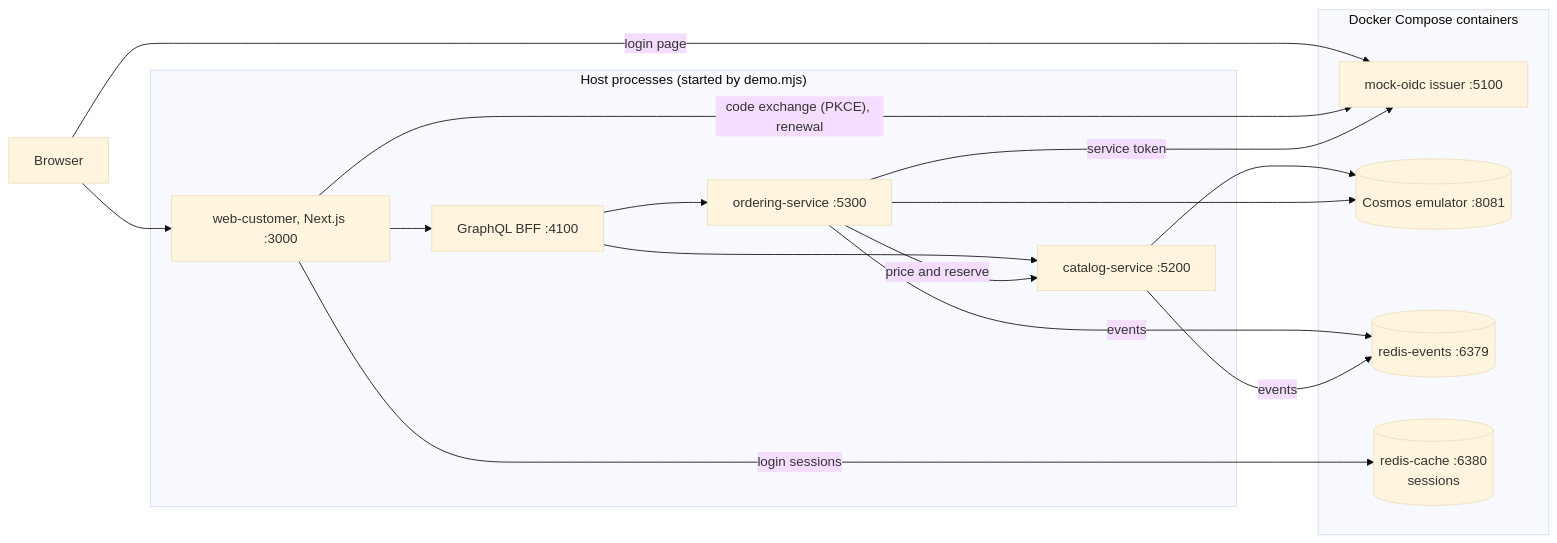
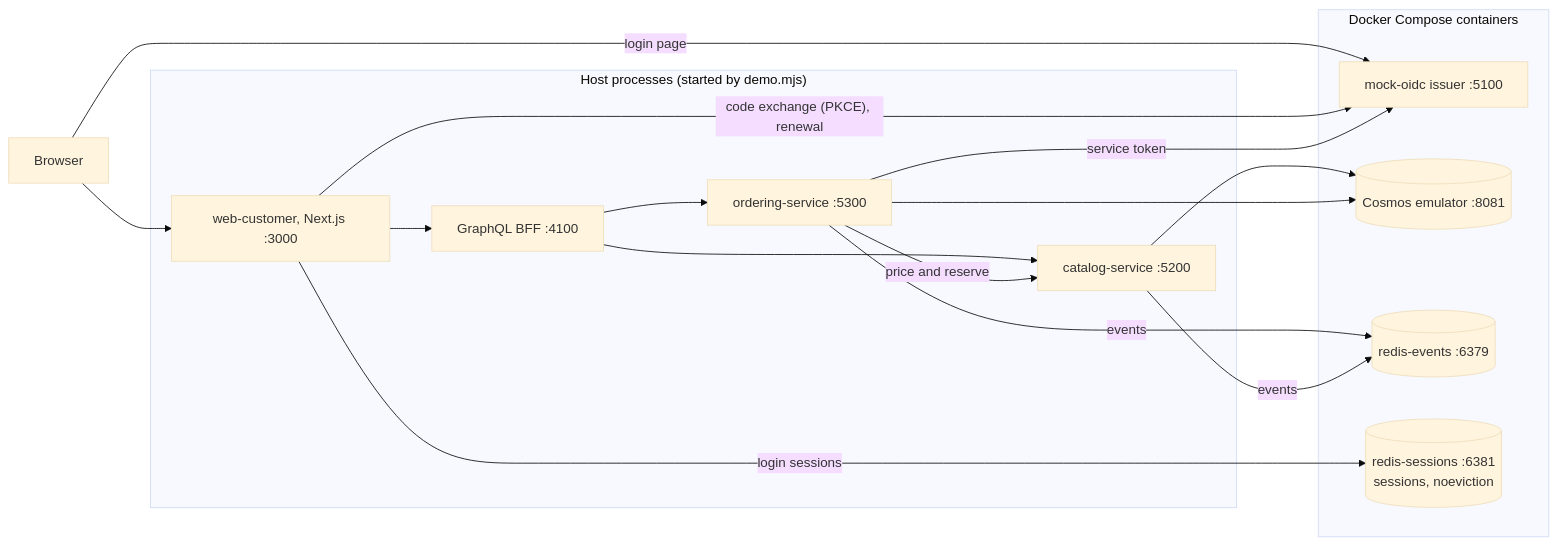
Before and after one commit to benjamin-hedrick/bakery-marketplace: the diagram in docs/operations/demo.md, drawn with Mermaid (base theme). The commit also changed 11 other files, not shown here.

Commit message:
Register 118: sessions move to their own redis-sessions instance with noeviction (compose profile with-redis, port 6381; dev Terraform container app); Terraform tests; ADR-0019 amendment

````diff
--- a/docs/operations/demo.md
+++ b/docs/operations/demo.md
@@ -19,29 +19,29 @@
 ```mermaid
 flowchart LR
   B[Browser]
   subgraph Host["Host processes (started by demo.mjs)"]
     W["web-customer, Next.js :3000"]
     G["GraphQL BFF :4100"]
     C["catalog-service :5200"]
     O["ordering-service :5300"]
   end
   subgraph Docker["Docker Compose containers"]
     I["mock-oidc issuer :5100"]
     D[("Cosmos emulator :8081")]
     R[("redis-events :6379")]
-    RC[("redis-cache :6380<br/>sessions")]
+    RC[("redis-sessions :6381<br/>sessions, noeviction")]
   end
   B --> W
   B -- "login page" --> I
   W -- "code exchange (PKCE), renewal" --> I
   W --> G
   G --> C
   G --> O
   O -- "service token" --> I
   O -- "price and reserve" --> C
   C --> D
   O --> D
   O -- "events" --> R
   C -- "events" --> R
   W -- "login sessions" --> RC
 ```
````
